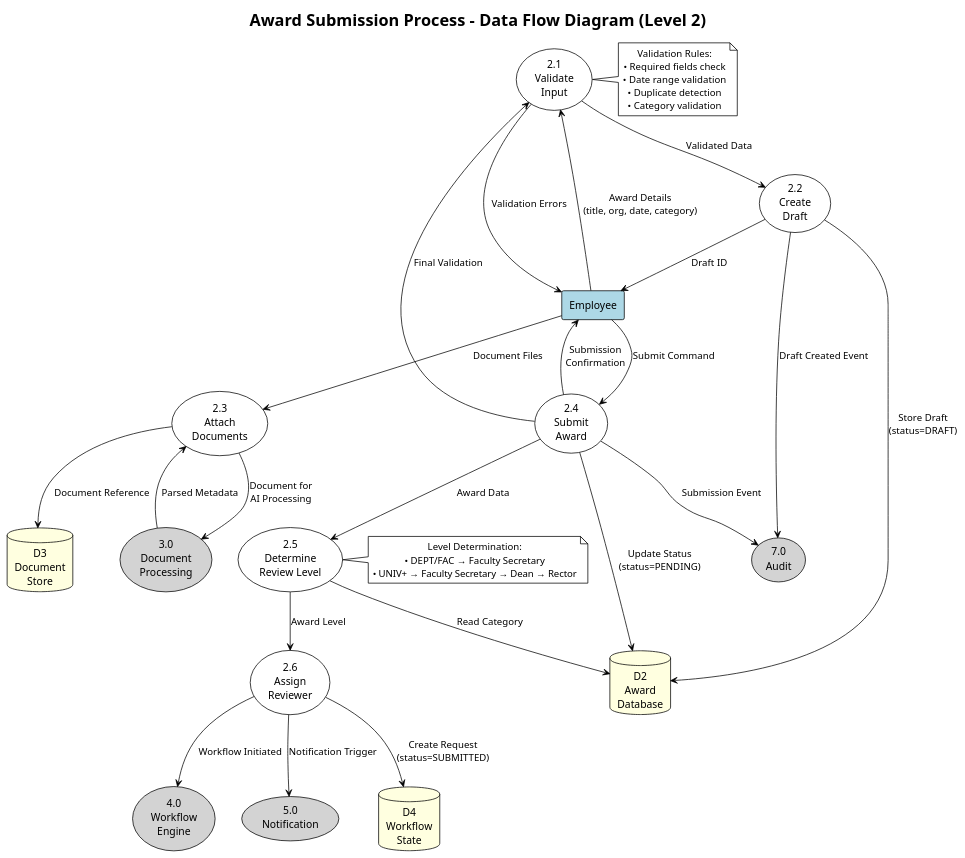
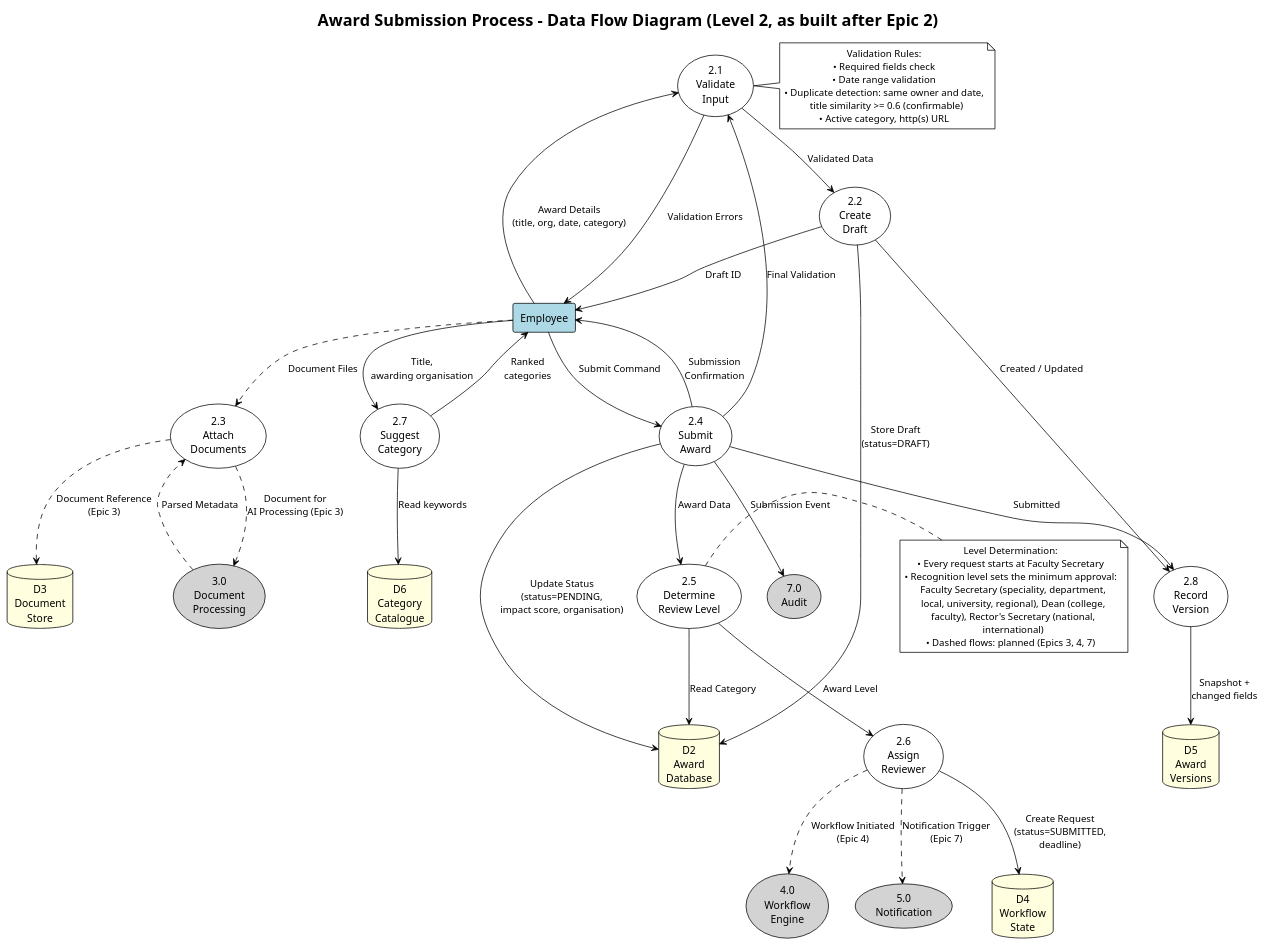
The diagram in docs/diagrams/data-flow/dfd-level2-award-submission.puml (StKostyk/award-monitoring-system), drawn with PlantUML before and after one commit. The commit also changed 33 other files, not shown here.

First line of the commit message:
docs: reconcile documentation with the code after Epic 2

```diff
--- a/docs/diagrams/data-flow/dfd-level2-award-submission.puml
+++ b/docs/diagrams/data-flow/dfd-level2-award-submission.puml
@@ -1,76 +1,92 @@
 @startuml DFD_Level2_Award_Submission
 !theme plain
 skinparam defaultTextAlignment center
 
-title Award Submission Process - Data Flow Diagram (Level 2)
+title Award Submission Process - Data Flow Diagram (Level 2, as built after Epic 2)
 
 ' External Entity
 rectangle "Employee" as employee #LightBlue
 
 ' Sub-processes of Award Submission (2.0)
 usecase "2.1\nValidate\nInput" as P21 #White
 usecase "2.2\nCreate\nDraft" as P22 #White
 usecase "2.3\nAttach\nDocuments" as P23 #White
 usecase "2.4\nSubmit\nAward" as P24 #White
 usecase "2.5\nDetermine\nReview Level" as P25 #White
 usecase "2.6\nAssign\nReviewer" as P26 #White
+usecase "2.7\nSuggest\nCategory" as P27 #White
+usecase "2.8\nRecord\nVersion" as P28 #White
 
 ' Connected Processes
 usecase "3.0\nDocument\nProcessing" as P3 #LightGray
 usecase "4.0\nWorkflow\nEngine" as P4 #LightGray
 usecase "5.0\nNotification" as P5 #LightGray
 usecase "7.0\nAudit" as P7 #LightGray
 
 ' Data Stores
 database "D2\nAward\nDatabase" as D2 #LightYellow
 database "D3\nDocument\nStore" as D3 #LightYellow
 database "D4\nWorkflow\nState" as D4 #LightYellow
+database "D5\nAward\nVersions" as D5 #LightYellow
+database "D6\nCategory\nCatalogue" as D6 #LightYellow
 
 ' Employee Flows
 employee --> P21 : Award Details\n(title, org, date, category)
 P22 --> employee : Draft ID
 P24 --> employee : Submission\nConfirmation
 
 ' Internal Process Flows
 P21 --> P22 : Validated Data
 P21 --> employee : Validation Errors
 
 P22 --> D2 : Store Draft\n(status=DRAFT)
-P22 --> P7 : Draft Created Event
+P22 --> P28 : Created / Updated
+P28 --> D5 : Snapshot +\nchanged fields
 
-P23 --> D3 : Document Reference
-P23 --> P3 : Document for\nAI Processing
-P3 --> P23 : Parsed Metadata
+employee --> P27 : Title,\nawarding organisation
+P27 --> D6 : Read keywords
+P27 --> employee : Ranked\ncategories
 
-employee --> P23 : Document Files
+P23 ..> D3 : Document Reference\n(Epic 3)
+P23 ..> P3 : Document for\nAI Processing (Epic 3)
+P3 ..> P23 : Parsed Metadata
+
+employee ..> P23 : Document Files
 employee --> P24 : Submit Command
 
 P24 --> P21 : Final Validation
-P24 --> D2 : Update Status\n(status=PENDING)
+P24 --> D2 : Update Status\n(status=PENDING,\nimpact score, organisation)
+P24 --> P28 : Submitted
 P24 --> P25 : Award Data
 
 P25 --> D2 : Read Category
 P25 --> P26 : Award Level
 
-P26 --> D4 : Create Request\n(status=SUBMITTED)
-P26 --> P4 : Workflow Initiated
-P26 --> P5 : Notification Trigger
+P26 --> D4 : Create Request\n(status=SUBMITTED,\ndeadline)
+P26 ..> P4 : Workflow Initiated\n(Epic 4)
+P26 ..> P5 : Notification Trigger\n(Epic 7)
 
 P24 --> P7 : Submission Event
 
 ' Notes
 note right of P21
     Validation Rules:
     • Required fields check
     • Date range validation
-    • Duplicate detection
-    • Category validation
+    • Duplicate detection: same owner and date,
+      title similarity >= 0.6 (confirmable)
+    • Active category, http(s) URL
 end note
 
 note right of P25
     Level Determination:
-    • DEPT/FAC → Faculty Secretary
-    • UNIV+ → Faculty Secretary → Dean → Rector
+    • Every request starts at Faculty Secretary
+    • Recognition level sets the minimum approval:
+      Faculty Secretary (speciality, department,
+      local, university, regional), Dean (college,
+      faculty), Rector's Secretary (national,
+      international)
+    • Dashed flows: planned (Epics 3, 4, 7)
 end note
 
 @enduml
```
